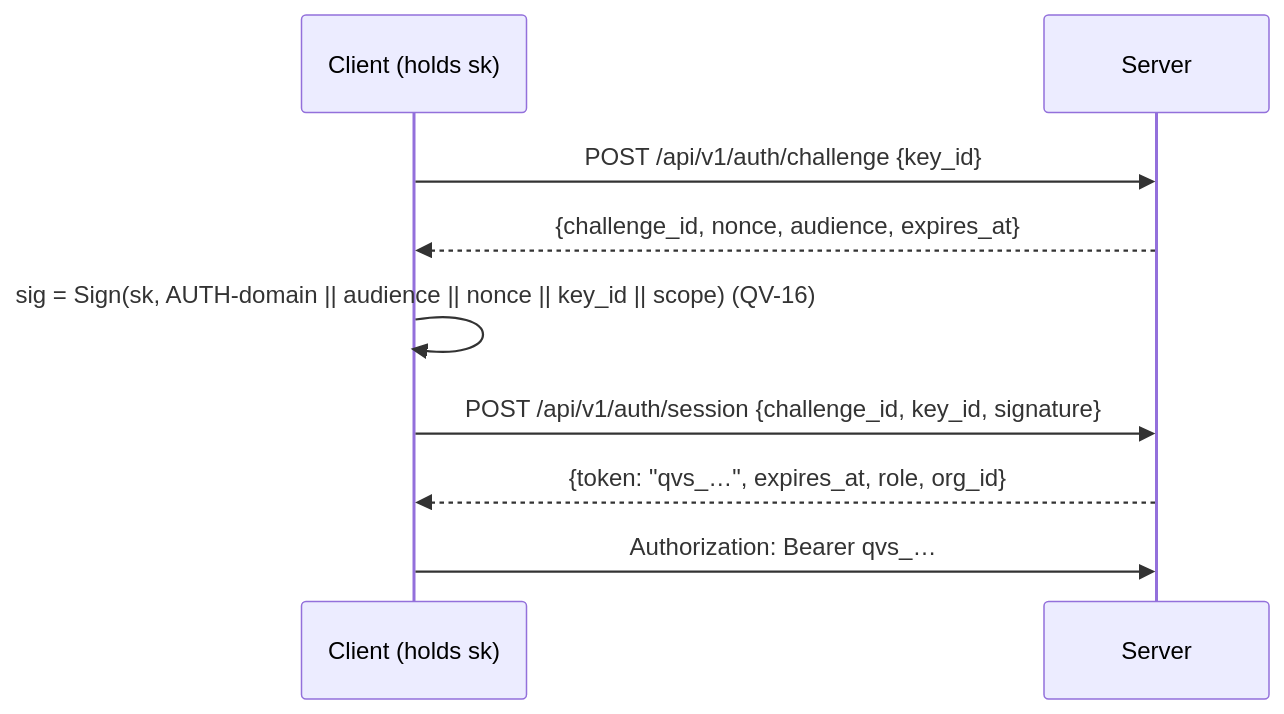
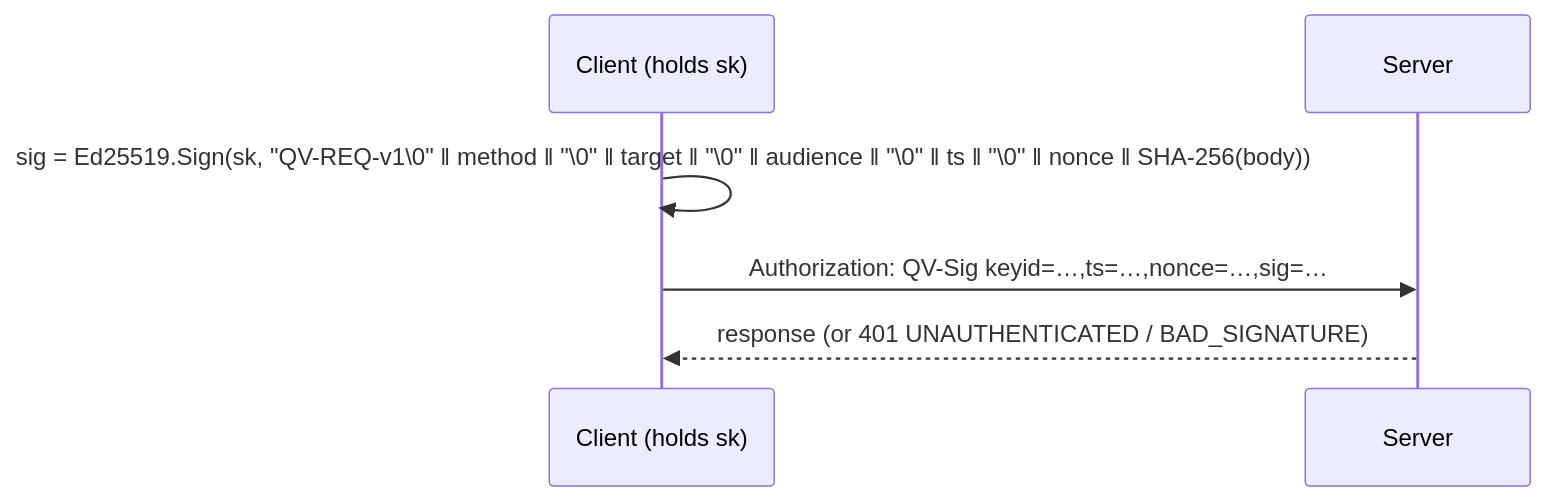
The diagram in docs/09-api-data-contracts.md (djshellshoxxx/quietvote), drawn with Mermaid before and after one commit. The commit also changed other lines of this file and 21 other files, not shown here.

````diff
--- a/docs/09-api-data-contracts.md
+++ b/docs/09-api-data-contracts.md
@@ -48,11 +50,8 @@
 ```mermaid
 sequenceDiagram
   participant C as Client (holds sk)
   participant S as Server
-  C->>S: POST /api/v1/auth/challenge {key_id}
-  S-->>C: {challenge_id, nonce, audience, expires_at}
-  C->>C: sig = Sign(sk, AUTH-domain || audience || nonce || key_id || scope)   (QV-16)
-  C->>S: POST /api/v1/auth/session {challenge_id, key_id, signature}
-  S-->>C: {token: "qvs_…", expires_at, role, org_id}
-  C->>S: Authorization: Bearer qvs_…
+  C->>C: sig = Ed25519.Sign(sk, "QV-REQ-v1\0" ‖ method ‖ "\0" ‖ target ‖ "\0" ‖ audience ‖ "\0" ‖ ts ‖ "\0" ‖ nonce ‖ SHA-256(body))
+  C->>S: Authorization: QV-Sig keyid=…,ts=…,nonce=…,sig=…
+  S-->>C: response (or 401 UNAUTHENTICATED / BAD_SIGNATURE)
 ```
````
